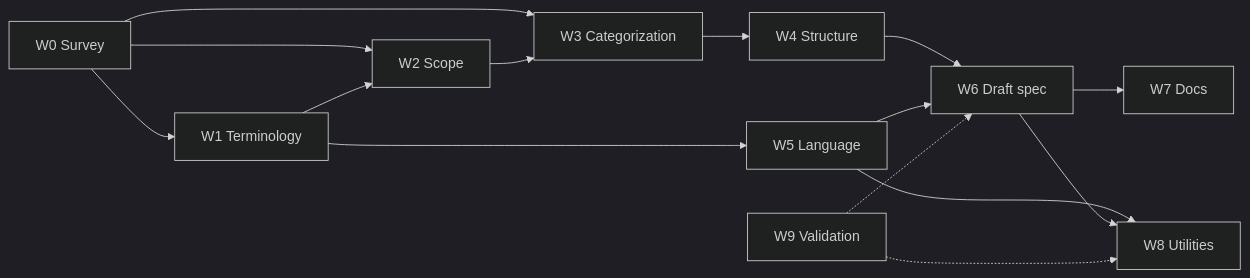
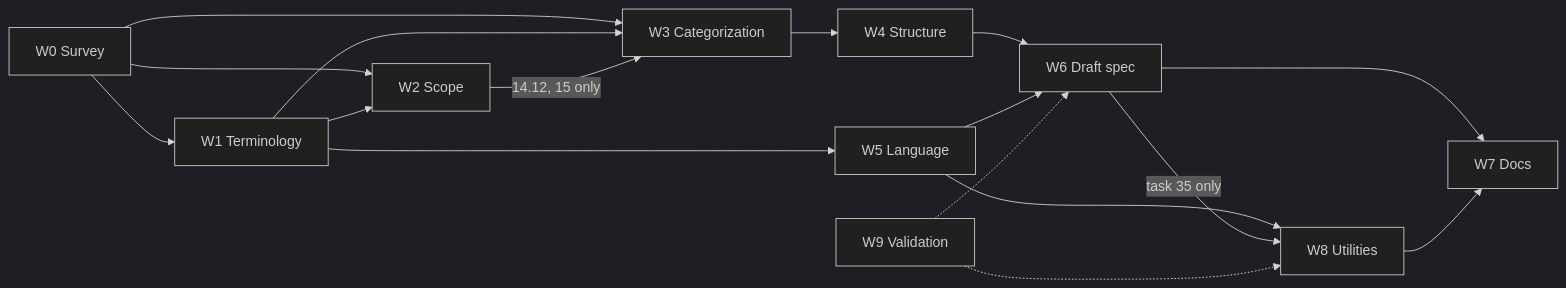
Before and after one commit to shlomoa/openui-spec: the diagram in spec/survey/specui_v1_publish_plan.md, drawn with Mermaid (dark theme). The commit also changed other lines of this file, not shown here.

First line of the commit message:
Plan: fix the workstream graph, the lint row and the milestones

````diff
--- a/spec/survey/specui_v1_publish_plan.md
+++ b/spec/survey/specui_v1_publish_plan.md
@@ -55,17 +55,19 @@
 ```mermaid
 flowchart LR
   W0[W0 Survey] --> W1[W1 Terminology]
   W0 --> W2[W2 Scope]
   W0 --> W3[W3 Categorization]
-  W1 --> W2[W2 Scope]
-  W2 --> W3
+  W1 --> W2
+  W1 --> W3
+  W2 -- "14.12, 15 only" --> W3
   W3 --> W4[W4 Structure]
   W1 --> W5[W5 Language]
   W4 --> W6[W6 Draft spec]
   W5 --> W6
   W6 --> W7[W7 Docs]
   W5 --> W8[W8 Utilities]
-  W6 --> W8
+  W6 -- "task 35 only" --> W8
+  W8 --> W7
   W9[W9 Validation] -.-> W6
   W9 -.-> W8
 ```
````
